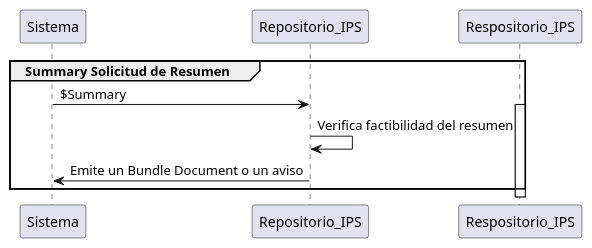
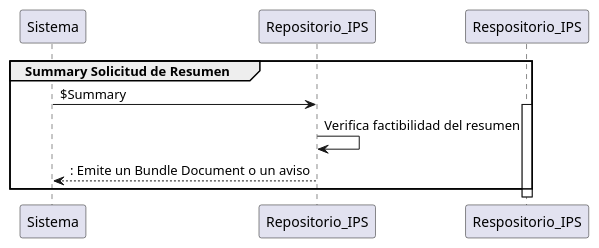
One commit to HL7Chile-BiomedicaUv/IPS-Embarazo changed the diagram in input/images-source/CasoUso1.plantuml. Above: the diagram before and after it, drawn with PlantUML.

```diff
--- a/input/images-source/CasoUso1.plantuml
+++ b/input/images-source/CasoUso1.plantuml
@@ -1,10 +1,10 @@
 @startuml name
 
 group Summary Solicitud de Resumen
 Sistema -> Repositorio_IPS : $Summary
 activate Respositorio_IPS
 Repositorio_IPS -> Repositorio_IPS : Verifica factibilidad del resumen
-Repositorio_IPS -> Sistema : Emite un Bundle Document o un aviso
+return : Emite un Bundle Document o un aviso
 end
 
 @enduml
```
